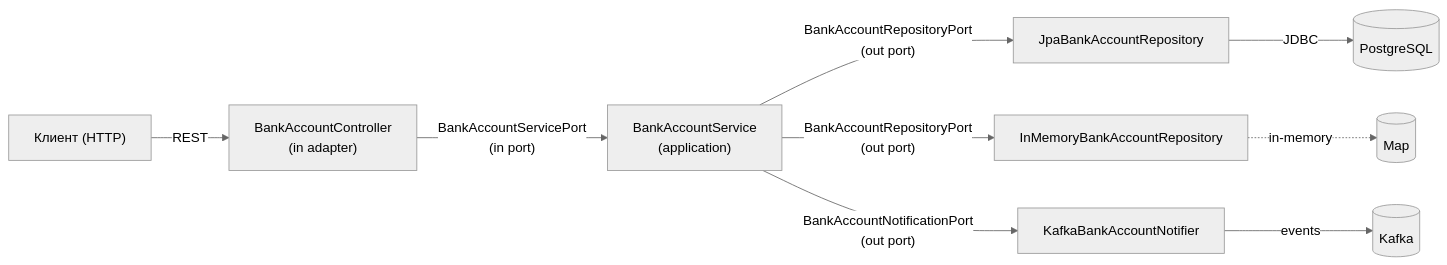
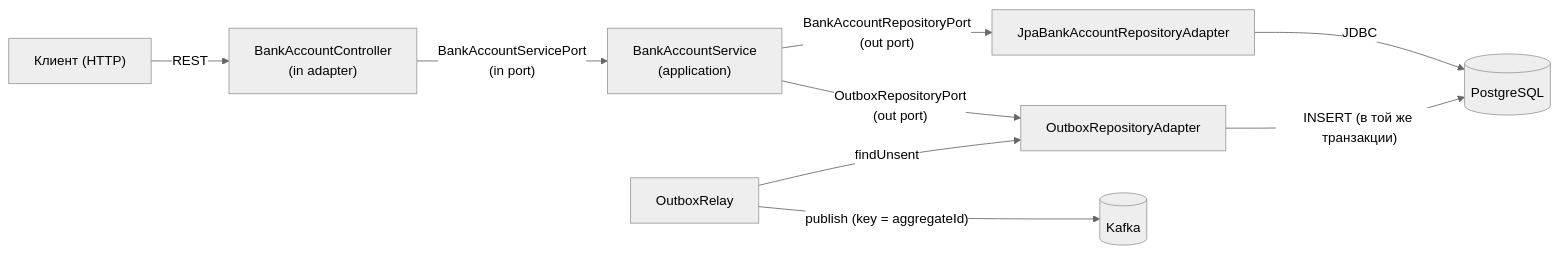
The diagram in ReadMe.md (kuzminal/Bank-Account-Hexagonal-Service), drawn with Mermaid (neutral theme) before and after one commit. The commit also changed other lines of this file and 9 other files, not shown here.

````diff
--- a/ReadMe.md
+++ b/ReadMe.md
@@ -30,13 +32,14 @@
 ```mermaid
 flowchart LR
     Client["Клиент (HTTP)"] -->|"REST"| Ctrl["BankAccountController<br/>(in adapter)"]
     Ctrl -->|"BankAccountServicePort<br/>(in port)"| Svc["BankAccountService<br/>(application)"]
 
-    Svc -->|"BankAccountRepositoryPort<br/>(out port)"| JPA["JpaBankAccountRepository"]
-    Svc -->|"BankAccountRepositoryPort<br/>(out port)"| Mem["InMemoryBankAccountRepository"]
-    Svc -->|"BankAccountNotificationPort<br/>(out port)"| K["KafkaBankAccountNotifier"]
+    Svc -->|"BankAccountRepositoryPort<br/>(out port)"| Repo["JpaBankAccountRepositoryAdapter"]
+    Svc -->|"OutboxRepositoryPort<br/>(out port)"| Outbox["OutboxRepositoryAdapter"]
 
-    JPA -->|"JDBC"| PG[("PostgreSQL")]
-    Mem -.->|"in-memory"| MDB[("Map")]
-    K -->|"events"| KF[("Kafka")]
+    Repo -->|"JDBC"| PG[("PostgreSQL")]
+    Outbox -->|"INSERT (в той же транзакции)"| PG
+
+    Relay["OutboxRelay"] -->|"findUnsent"| Outbox
+    Relay -->|"publish (key = aggregateId)"| KF[("Kafka")]
 ```
````
